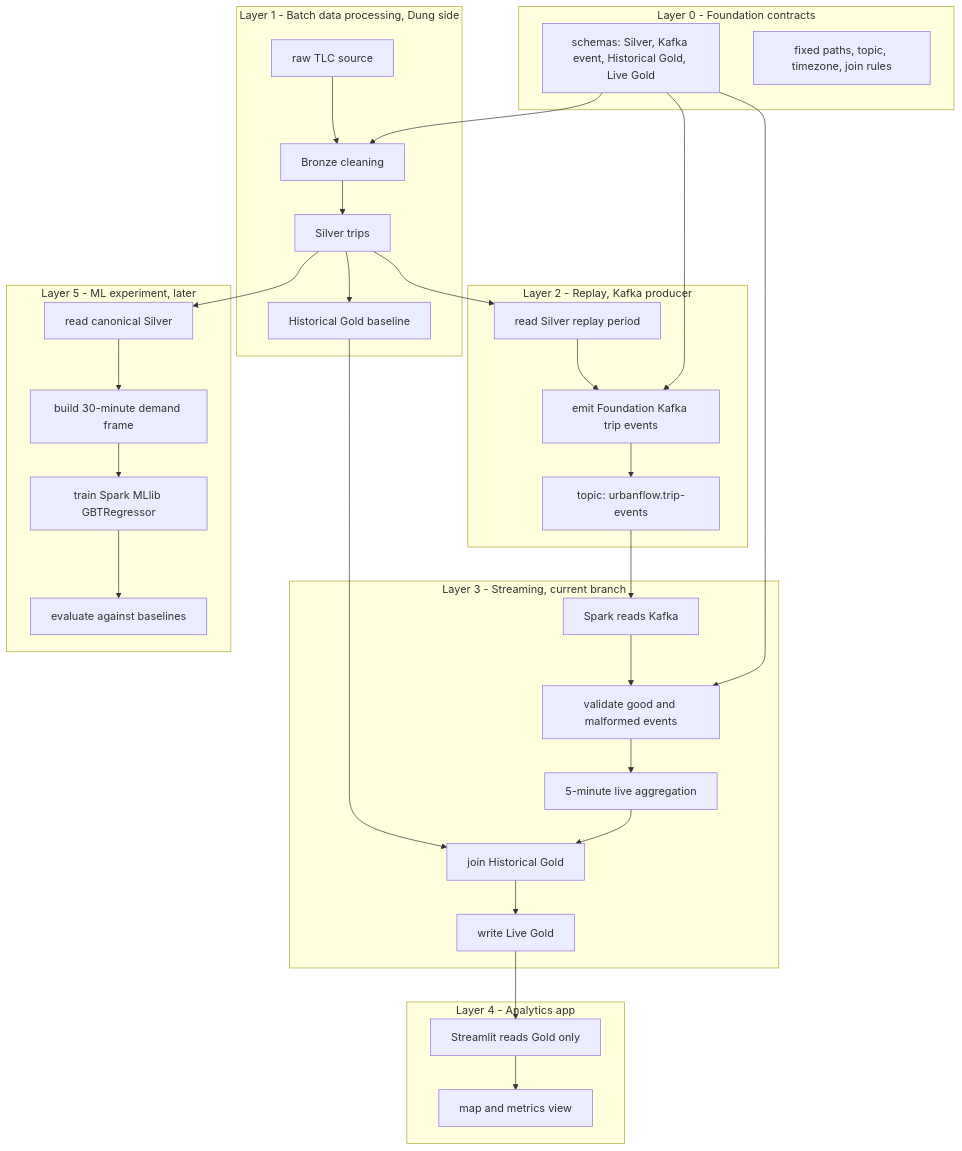
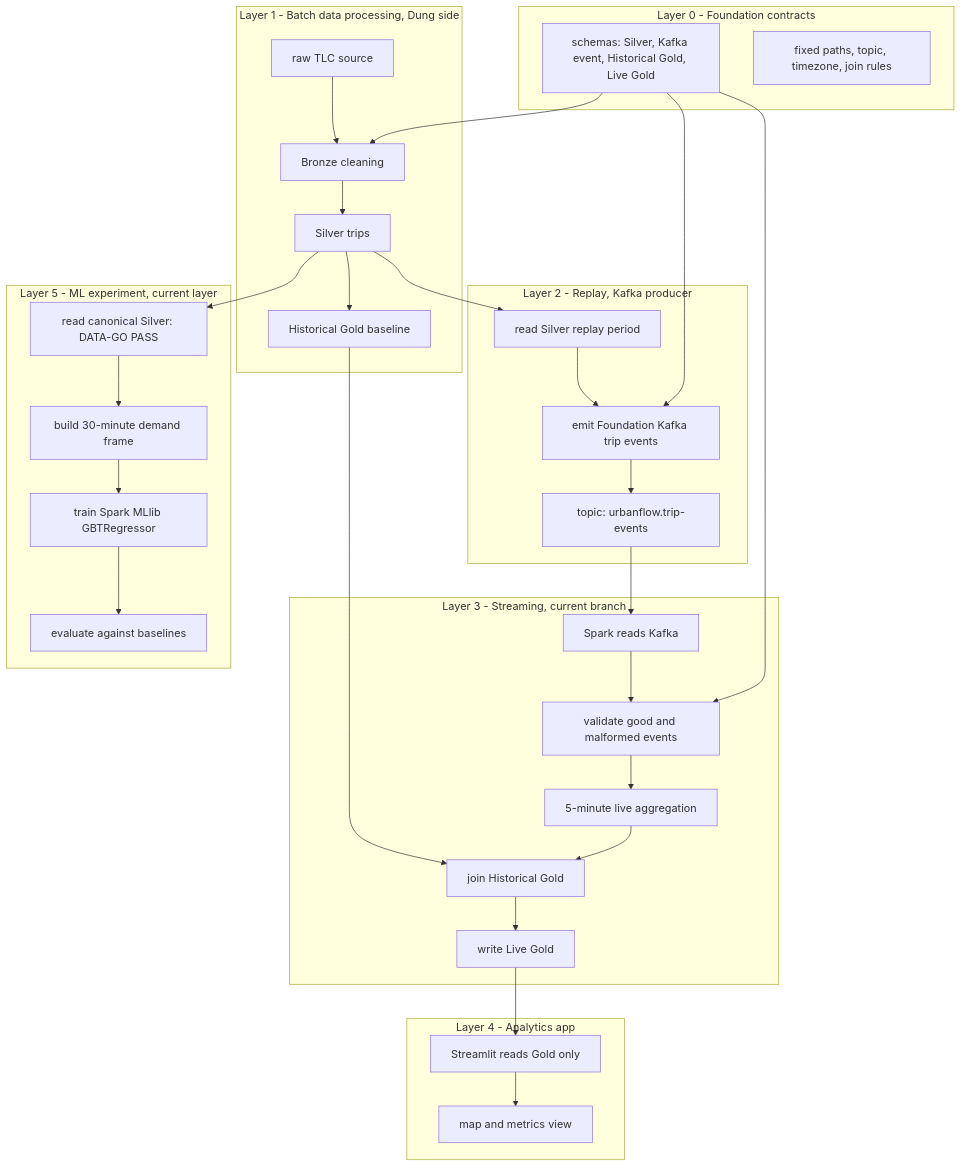
The diagram in plan.md (Vinhhoang-1312/Bigdata-lab), drawn with Mermaid before and after one commit. The commit also changed other lines of this file and 2 other files, not shown here.

Commit message:
test(ml): pass silver data-go after loading months

````diff
--- a/plan.md
+++ b/plan.md
@@ -119,49 +121,49 @@
 ```mermaid
 flowchart TB
     subgraph L0["Layer 0 - Foundation contracts"]
         F1["schemas: Silver, Kafka event, Historical Gold, Live Gold"]
         F2["fixed paths, topic, timezone, join rules"]
     end
 
     subgraph L1["Layer 1 - Batch data processing, Dung side"]
         B1["raw TLC source"]
         B2["Bronze cleaning"]
         B3["Silver trips"]
         B4["Historical Gold baseline"]
     end
 
     subgraph L2["Layer 2 - Replay, Kafka producer"]
         R1["read Silver replay period"]
         R2["emit Foundation Kafka trip events"]
         R3["topic: urbanflow.trip-events"]
     end
 
     subgraph L3["Layer 3 - Streaming, current branch"]
         S1["Spark reads Kafka"]
         S2["validate good and malformed events"]
         S3["5-minute live aggregation"]
         S4["join Historical Gold"]
         S5["write Live Gold"]
     end
 
     subgraph L4["Layer 4 - Analytics app"]
         A1["Streamlit reads Gold only"]
         A2["map and metrics view"]
     end
 
-    subgraph L5["Layer 5 - ML experiment, later"]
-        M1["read canonical Silver"]
+    subgraph L5["Layer 5 - ML experiment, current layer"]
+        M1["read canonical Silver: DATA-GO PASS"]
         M2["build 30-minute demand frame"]
         M3["train Spark MLlib GBTRegressor"]
         M4["evaluate against baselines"]
     end
 
     F1 --> B2
     F1 --> R2
     F1 --> S2
     B1 --> B2 --> B3 --> B4
     B3 --> R1 --> R2 --> R3
     R3 --> S1 --> S2 --> S3 --> S4 --> S5 --> A1 --> A2
     B4 --> S4
     B3 --> M1 --> M2 --> M3 --> M4
 ```
````
